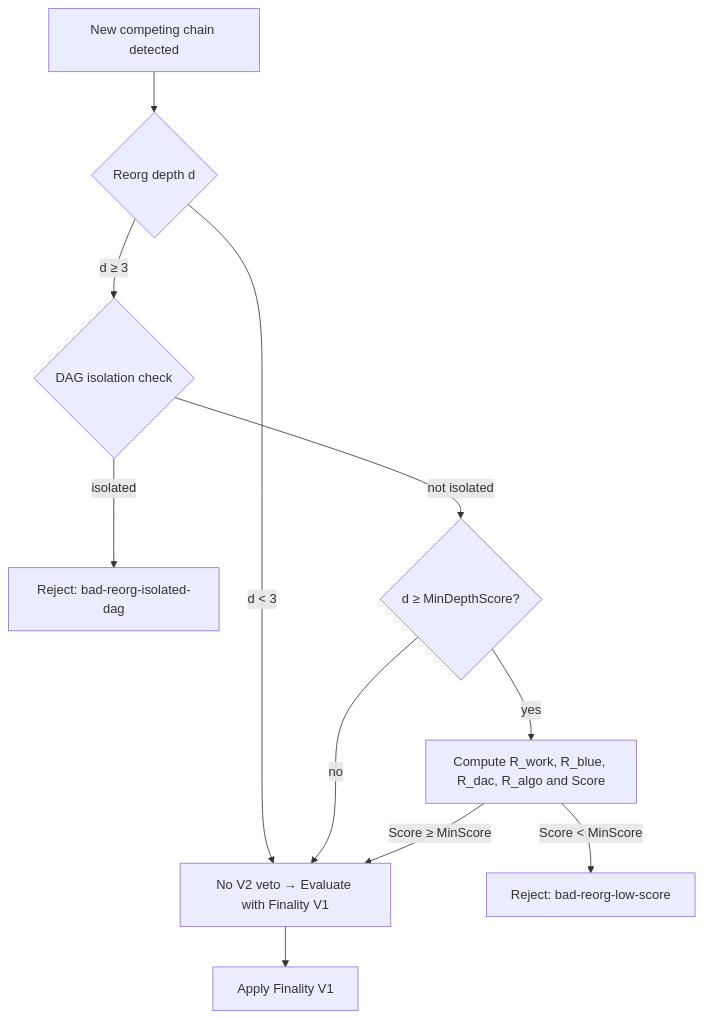
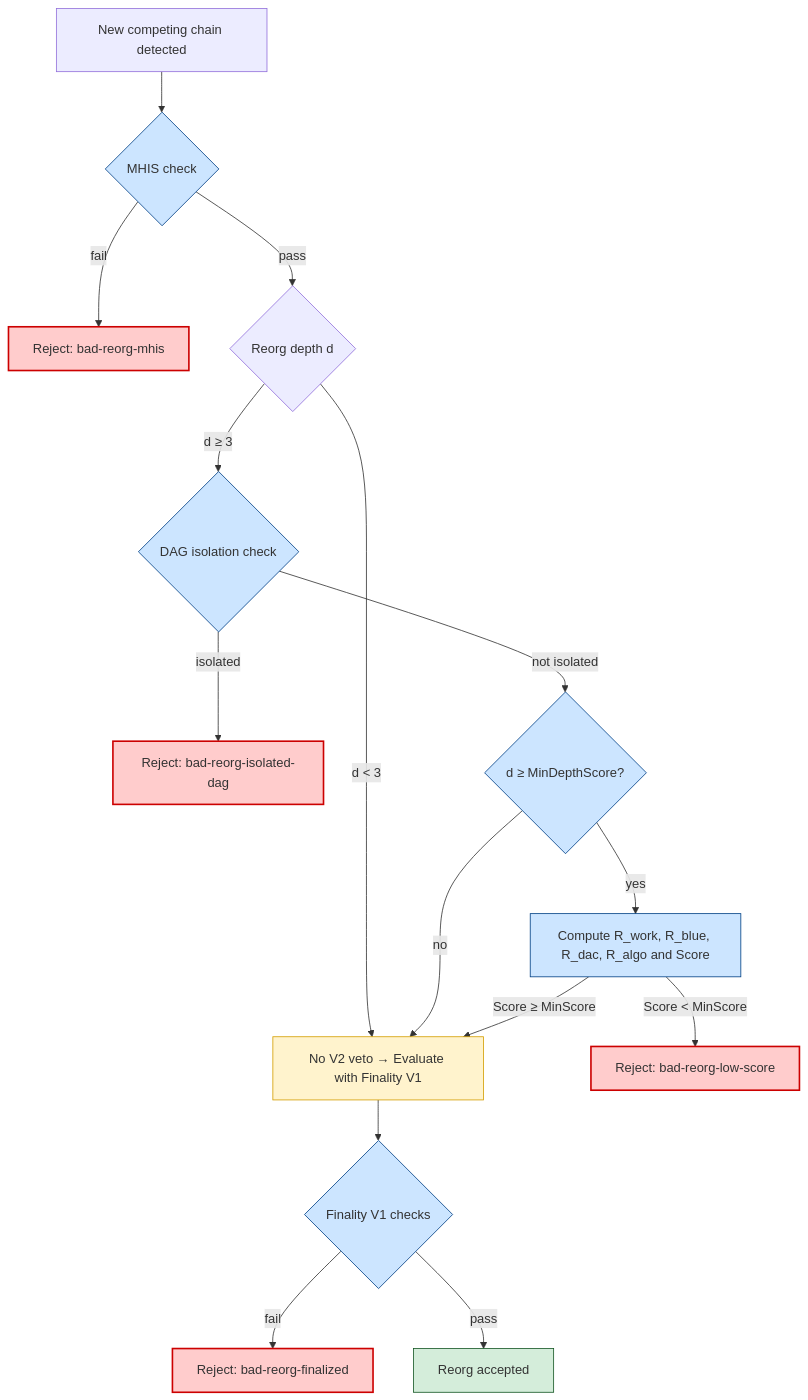
One commit to SanaMegabytes/megabytes-security-model changed the diagram in README.md. Above: the diagram before and after it, drawn with Mermaid. The commit also changed other lines of this file, not shown here.

Commit message:
Enhance README flowchart with MHIS and finality checks
Updated flowchart to include MHIS check and finality checks.

````diff
--- a/README.md
+++ b/README.md
@@ -215,20 +215,35 @@
 ```mermaid
 
 flowchart TD
-    A[New competing chain detected] --> B{Reorg depth d}
-
+    A[New competing chain detected] --> M{MHIS check}
+    M -->|fail| R1[Reject: bad-reorg-mhis]
+    M -->|pass| B{Reorg depth d}
     B -->|d < 3| F[No V2 veto → Evaluate with Finality V1]
     B -->|d ≥ 3| C{DAG isolation check}
 
     C -->|isolated| Z[Reject: bad-reorg-isolated-dag]
     C -->|not isolated| D{d ≥ MinDepthScore?}
 
     D -->|no| F
     D -->|yes| E[Compute R_work, R_blue, R_dac, R_algo and Score]
 
     E -->|Score < MinScore| Y[Reject: bad-reorg-low-score]
     E -->|Score ≥ MinScore| F
 
-    F --> G[Apply Finality V1]
+    F --> H{Finality V1 checks}
+    H -->|fail| R2[Reject: bad-reorg-finalized]
+    H -->|pass| G[Reorg accepted]
+
+    %% === COLORS ===
+    classDef danger fill:#ffcccc,stroke:#cc0000,stroke-width:2px;
+    classDef warn fill:#fff3cd,stroke:#d39e00,stroke-width:1px;
+    classDef safe fill:#d4edda,stroke:#155724,stroke-width:1px;
+    classDef step fill:#cce5ff,stroke:#004085,stroke-width:1px;
+
+    %% Apply colors
+    class M,C,D,E,H step;
+    class R1,R2,Y,Z danger;
+    class G safe;
+    class F warn;
 
 ```
````
